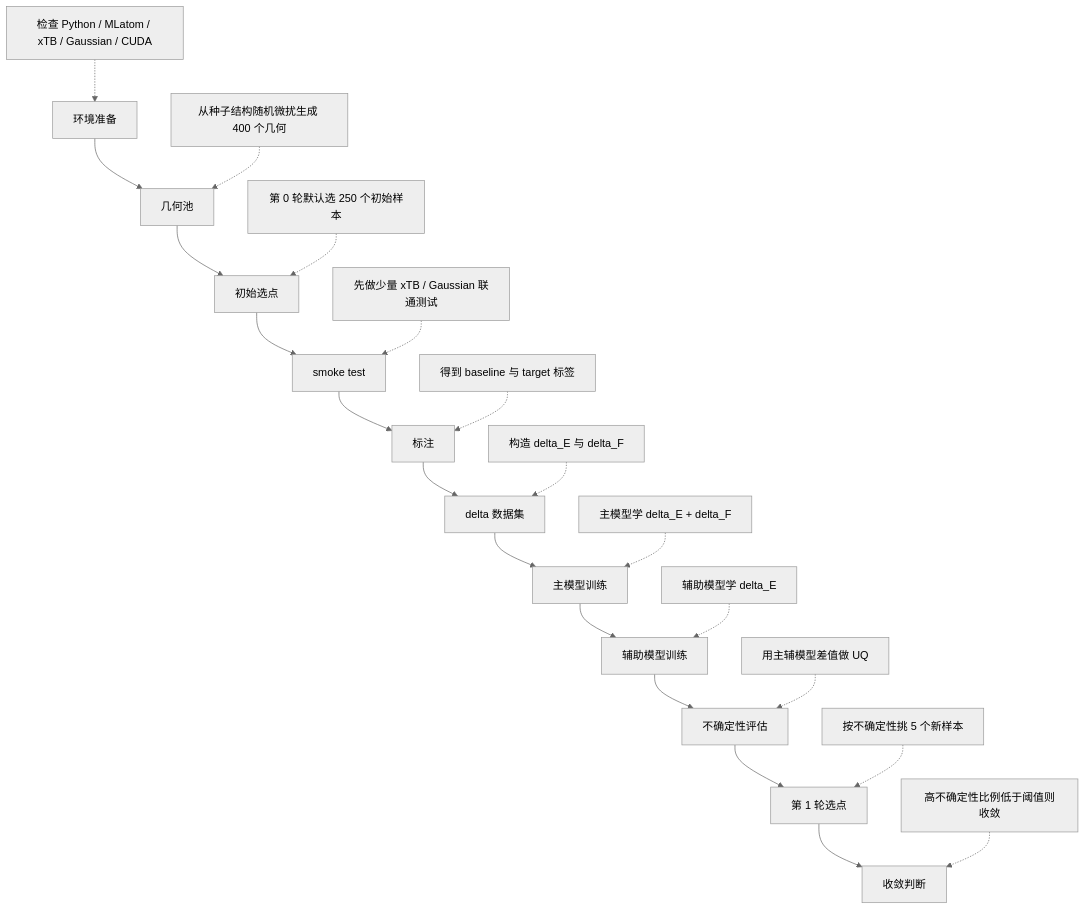
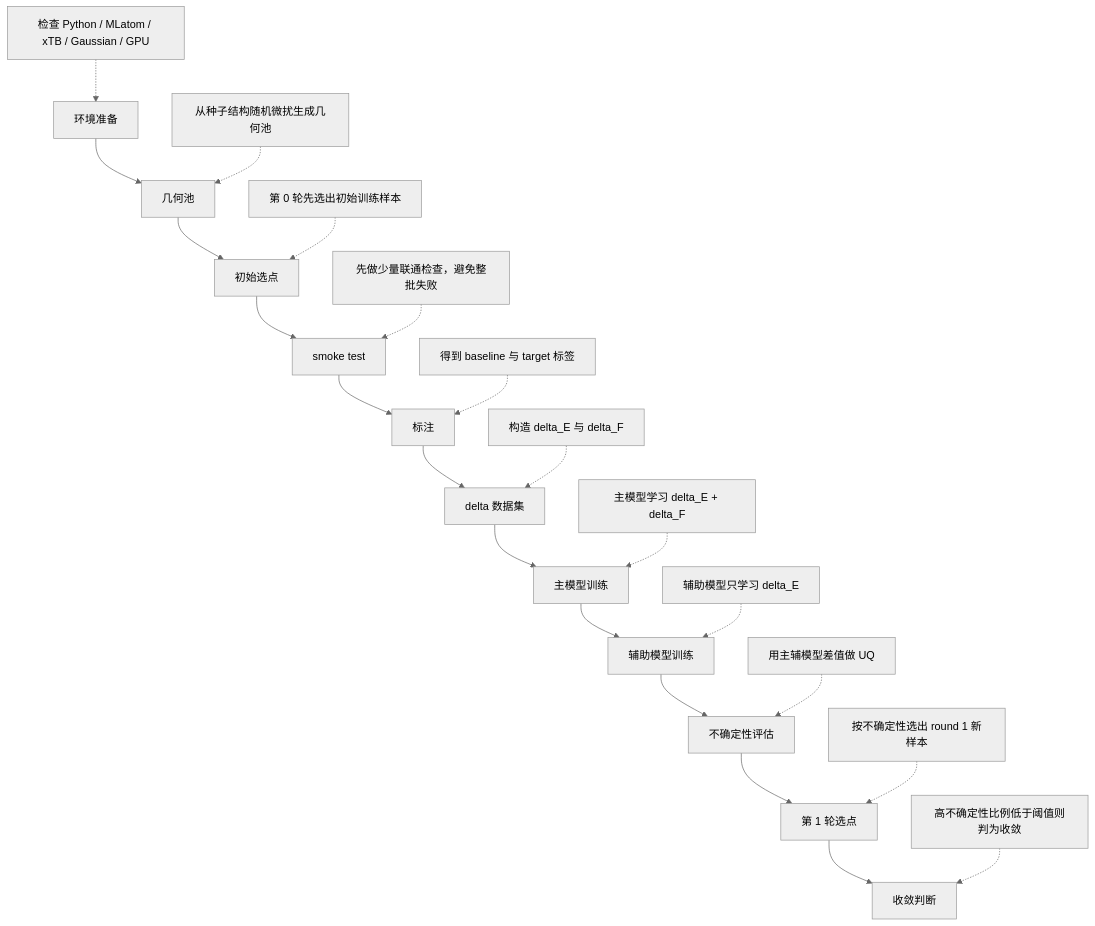
Before and after one commit to LehuiChen/test_ADL: the diagram in docs/流程介绍.md, drawn with Mermaid (neutral theme). The commit also changed other lines of this file and 16 other files, not shown here.

````diff
--- a/docs/流程介绍.md
+++ b/docs/流程介绍.md
@@ -31,25 +35,25 @@
 ```mermaid
 flowchart TD
     A["环境准备"] --> B["几何池"]
     B --> C["初始选点"]
     C --> D["smoke test"]
     D --> E["标注"]
     E --> F["delta 数据集"]
     F --> G["主模型训练"]
     G --> H["辅助模型训练"]
     H --> I["不确定性评估"]
     I --> J["第 1 轮选点"]
     J --> K["收敛判断"]
 
-    A1["检查 Python / MLatom / xTB / Gaussian / CUDA"] -.-> A
-    B1["从种子结构随机微扰生成 400 个几何"] -.-> B
-    C1["第 0 轮默认选 250 个初始样本"] -.-> C
-    D1["先做少量 xTB / Gaussian 联通测试"] -.-> D
+    A1["检查 Python / MLatom / xTB / Gaussian / GPU"] -.-> A
+    B1["从种子结构随机微扰生成几何池"] -.-> B
+    C1["第 0 轮先选出初始训练样本"] -.-> C
+    D1["先做少量联通检查，避免整批失败"] -.-> D
     E1["得到 baseline 与 target 标签"] -.-> E
     F1["构造 delta_E 与 delta_F"] -.-> F
-    G1["主模型学 delta_E + delta_F"] -.-> G
-    H1["辅助模型学 delta_E"] -.-> H
+    G1["主模型学习 delta_E + delta_F"] -.-> G
+    H1["辅助模型只学习 delta_E"] -.-> H
     I1["用主辅模型差值做 UQ"] -.-> I
-    J1["按不确定性挑 5 个新样本"] -.-> J
-    K1["高不确定性比例低于阈值则收敛"] -.-> K
+    J1["按不确定性选出 round 1 新样本"] -.-> J
+    K1["高不确定性比例低于阈值则判为收敛"] -.-> K
 ```
````
